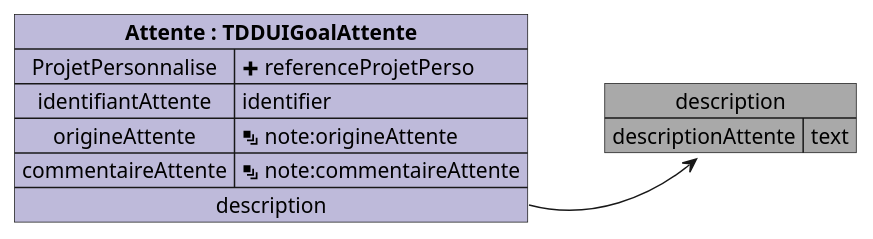
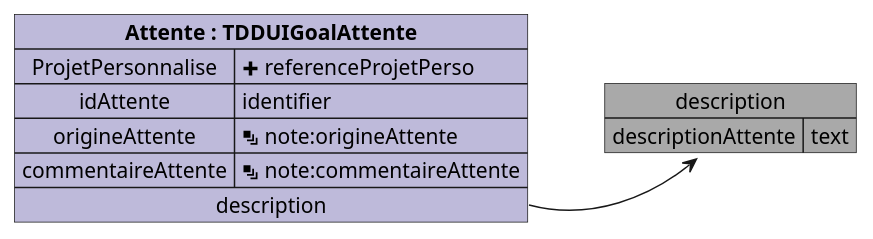
Before and after one commit to ansforge/IG-fhir-medicosocial-transfert-donnees-dui: the diagram in input/images-source/mapping_TDDUIGoalAttente.plantuml, drawn with PlantUML. The commit also changed 24 other files, not shown here.

```diff
--- a/input/images-source/mapping_TDDUIGoalAttente.plantuml
+++ b/input/images-source/mapping_TDDUIGoalAttente.plantuml
@@ -1,16 +1,16 @@
 @startuml
 
 map "description" as description #DarkGray {
     descriptionAttente => text
 }
 
 map "**Attente : TDDUIGoalAttente**" as Attente #bebada {
     ProjetPersonnalise => <&plus> referenceProjetPerso
-    identifiantAttente => identifier
+    idAttente => identifier
     origineAttente => <&layers> note:origineAttente
     commentaireAttente => <&layers> note:commentaireAttente
     description *-> description
 }
 
 
 @enduml
```
